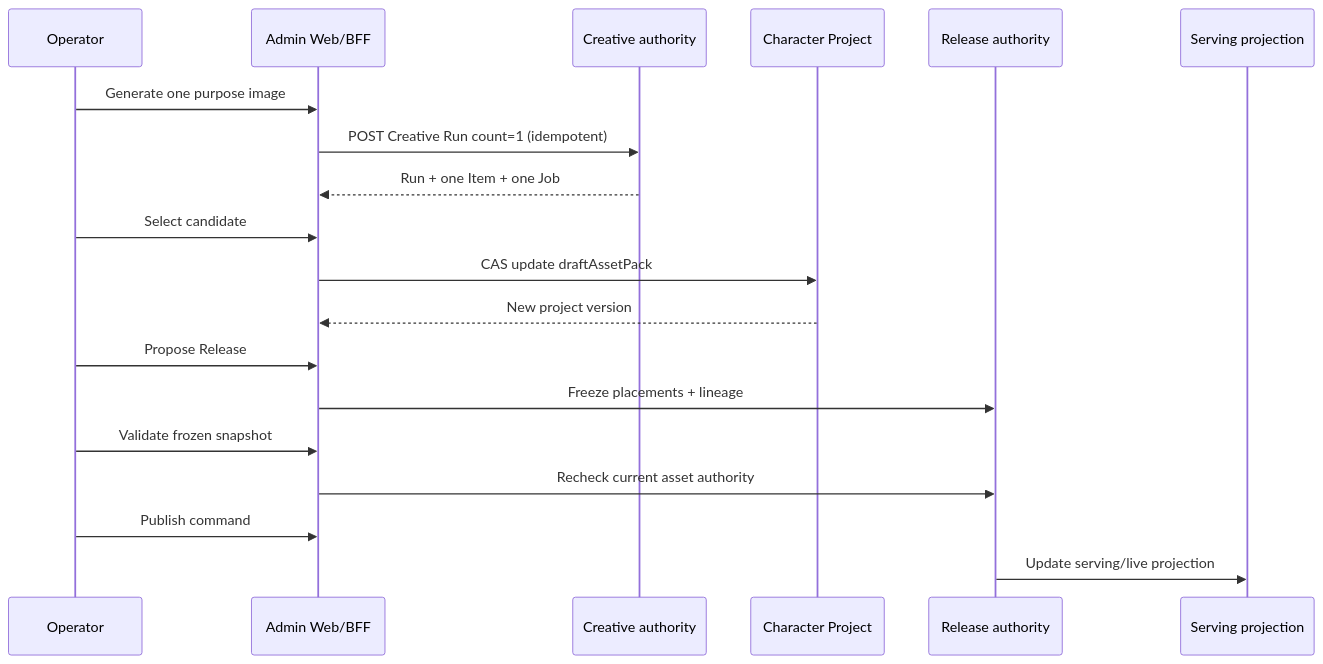
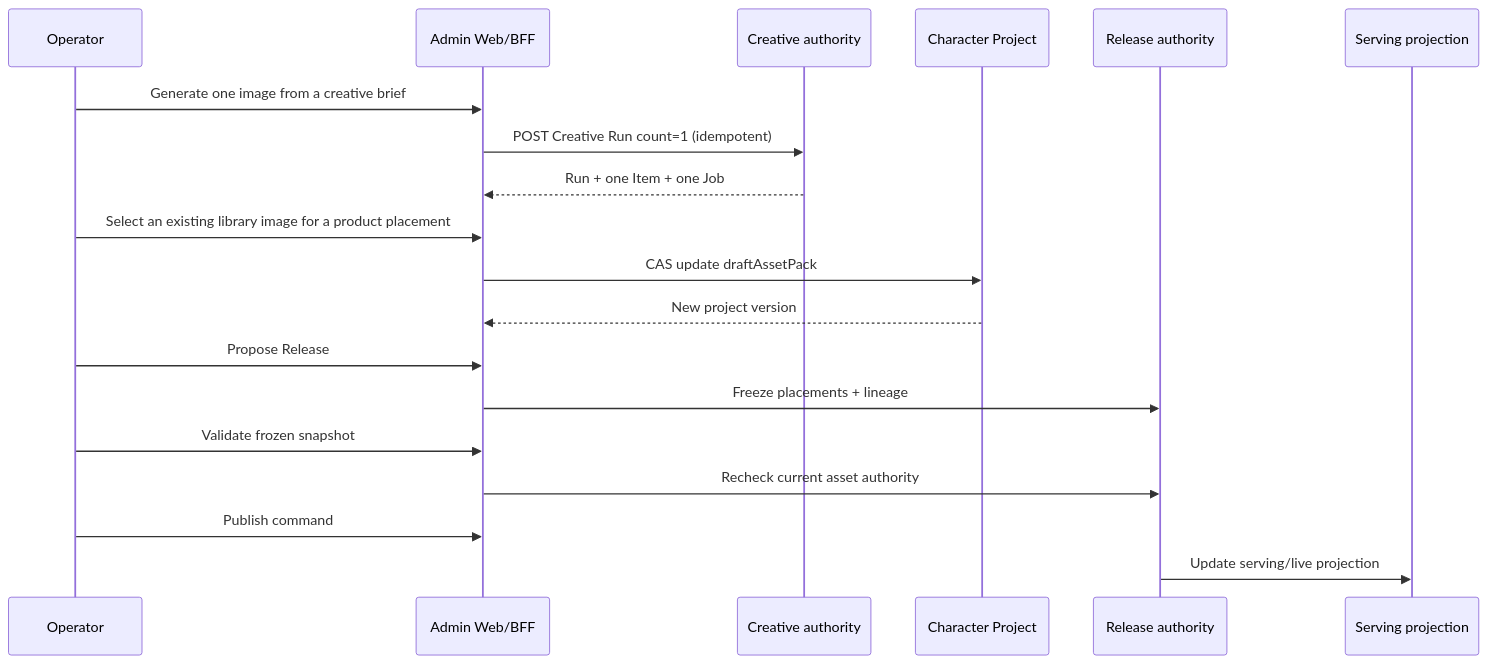
Before and after one commit to mliu62868/idream: the diagram in docs/architecture/16-character-asset-studio-authority.md, drawn with Mermaid. The commit also changed other lines of this file and 101 other files, not shown here.

````diff
--- a/docs/architecture/16-character-asset-studio-authority.md
+++ b/docs/architecture/16-character-asset-studio-authority.md
@@ -65,22 +69,22 @@
 ```mermaid
 sequenceDiagram
     participant O as Operator
     participant A as Admin Web/BFF
     participant C as Creative authority
     participant P as Character Project
     participant R as Release authority
     participant S as Serving projection
 
-    O->>A: Generate one purpose image
+    O->>A: Generate one image from a creative brief
     A->>C: POST Creative Run count=1 (idempotent)
     C-->>A: Run + one Item + one Job
-    O->>A: Select candidate
+    O->>A: Select an existing library image for a product placement
     A->>P: CAS update draftAssetPack
     P-->>A: New project version
     O->>A: Propose Release
     A->>R: Freeze placements + lineage
     O->>A: Validate frozen snapshot
     A->>R: Recheck current asset authority
     O->>A: Publish command
     R->>S: Update serving/live projection
 ```
````
